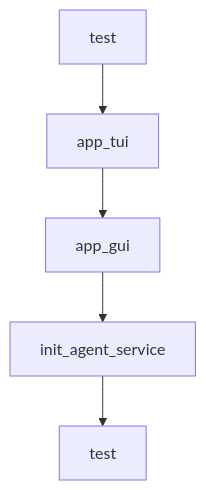
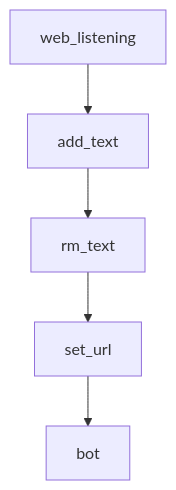
One commit to johnxie/awesome-code-docs changed the diagram in tutorials/qwen-agent-tutorial/05-memory-rag-and-long-context-workflows.md. Above: the diagram before and after it, drawn with Mermaid. The commit also changed other lines of this file and 1232 other files, not shown here.

````diff
--- a/tutorials/qwen-agent-tutorial/05-memory-rag-and-long-context-workflows.md
+++ b/tutorials/qwen-agent-tutorial/05-memory-rag-and-long-context-workflows.md
@@ -202,12 +205,12 @@
 ```mermaid
 flowchart TD
-    A[test]
-    B[app_tui]
-    C[app_gui]
-    D[init_agent_service]
-    E[test]
+    A[web_listening]
+    B[add_text]
+    C[rm_text]
+    D[set_url]
+    E[bot]
     A --> B
     B --> C
     C --> D
     D --> E
 ```
````
